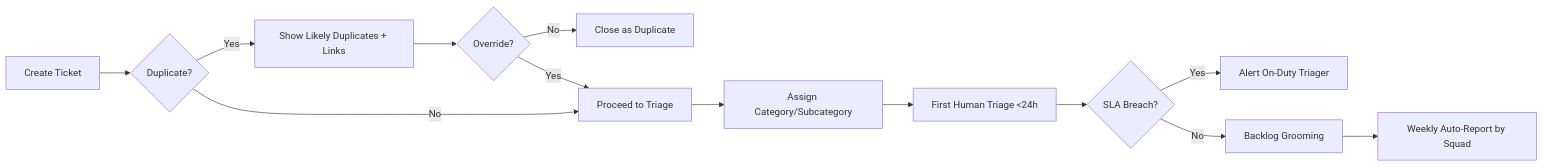
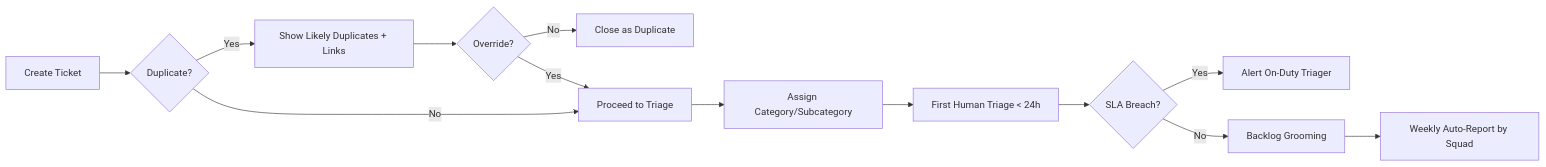
Before and after one commit to chandlerbag/bsa-requirements-pack: the diagram in process_map.mmd, drawn with Mermaid.

````diff
--- a/process_map.mmd
+++ b/process_map.mmd
@@ -1,15 +1,15 @@
 ```mermaid
 flowchart LR
   A[Create Ticket] --> B{Duplicate?}
   B -->|Yes| C[Show Likely Duplicates + Links]
   C --> D{Override?}
   D -->|No| E[Close as Duplicate]
   D -->|Yes| F[Proceed to Triage]
   B -->|No| F[Proceed to Triage]
   F --> G[Assign Category/Subcategory]
-  G --> H[First Human Triage <24h]
+  G --> H[First Human Triage < 24h]
   H --> I{SLA Breach?}
   I -->|Yes| J[Alert On-Duty Triager]
   I -->|No| K[Backlog Grooming]
   K --> L[Weekly Auto-Report by Squad]
 ```
````
